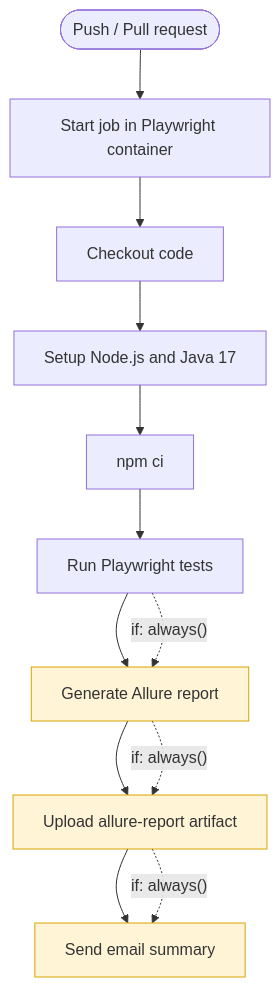
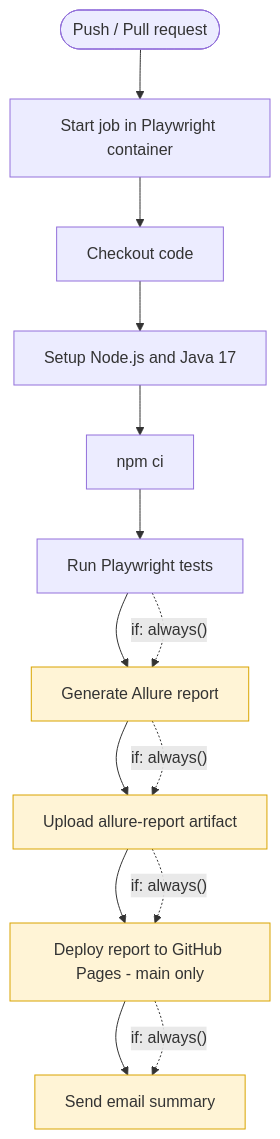
One commit to Lahiru66/Playwright-TS-Framework changed the diagram in README.md. Above: the diagram before and after it, drawn with Mermaid. The commit also changed other lines of this file and 1 other file, not shown here.

Commit message:
ci: publish Allure report to GitHub Pages and move email to notify job

````diff
--- a/README.md
+++ b/README.md
@@ -104,18 +105,20 @@
 ```mermaid
 flowchart TD
     A([Push / Pull request]) --> B[Start job in Playwright container]
     B --> C[Checkout code]
     C --> D[Setup Node.js and Java 17]
     D --> E[npm ci]
     E --> F[Run Playwright tests]
     F --> G[Generate Allure report]
     G --> H[Upload allure-report artifact]
-    H --> I[Send email summary]
+    H --> J[Deploy report to GitHub Pages - main only]
+    J --> I[Send email summary]
 
     F -. "if: always()" .-> G
     G -. "if: always()" .-> H
-    H -. "if: always()" .-> I
+    H -. "if: always()" .-> J
+    J -. "if: always()" .-> I
 
     classDef always fill:#fff4d6,stroke:#d9a400,color:#333;
-    class G,H,I always;
+    class G,H,I,J always;
 ```
````
